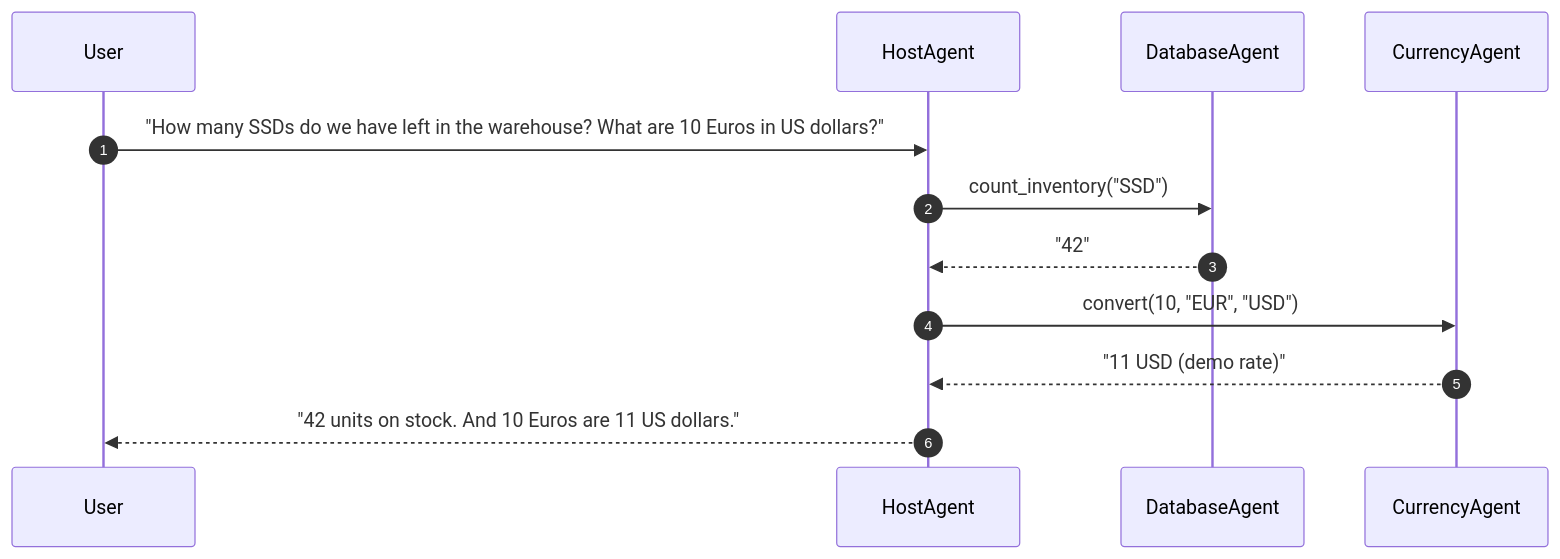
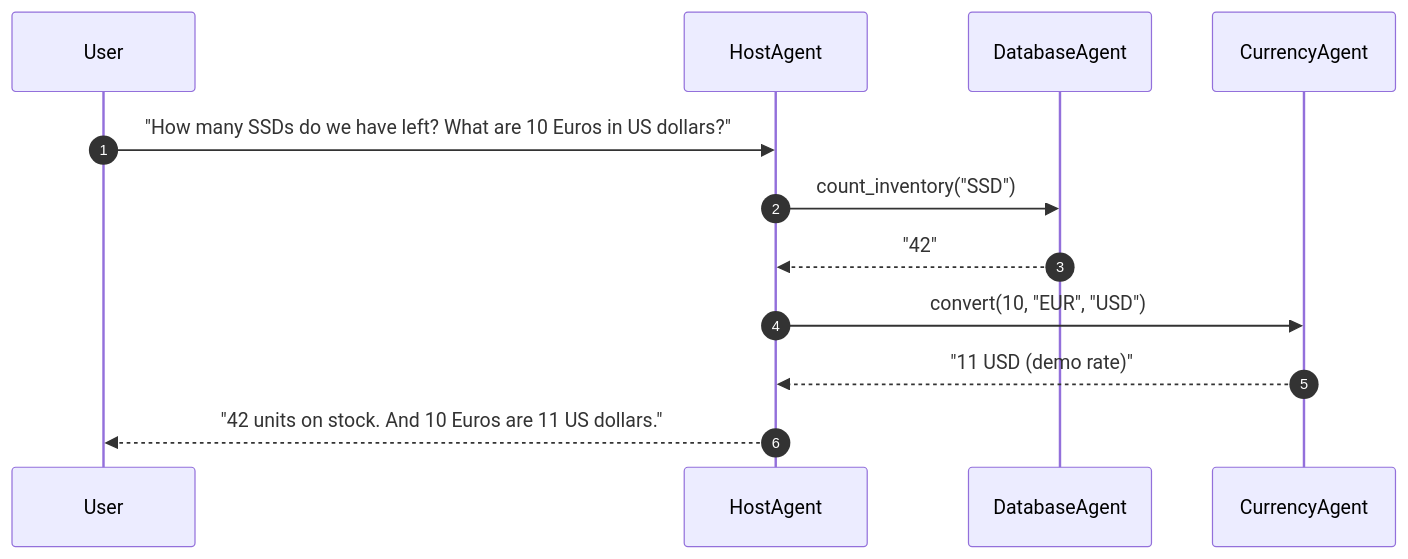
One commit to jfabend/A2A_bidirectional changed the second of 3 diagrams in README.md. Above: the diagram before and after it, drawn with Mermaid. The commit also changed other lines of this file, not shown here.

````diff
--- a/README.md
+++ b/README.md
@@ -50,15 +50,15 @@
 ```mermaid
 sequenceDiagram
     autonumber
     participant User
     participant HostAgent
     participant DatabaseAgent
     participant CurrencyAgent
 
-    User->>HostAgent: "How many SSDs do we have left in the warehouse? What are 10 Euros in US dollars?"
+    User->>HostAgent: "How many SSDs do we have left? What are 10 Euros in US dollars?"
     HostAgent->>DatabaseAgent: count_inventory("SSD")
     DatabaseAgent-->>HostAgent: "42"
     HostAgent->>CurrencyAgent: convert(10, "EUR", "USD")
     CurrencyAgent-->>HostAgent: "11 USD (demo rate)"
     HostAgent-->>User: "42 units on stock. And 10 Euros are 11 US dollars."
 ```
````
